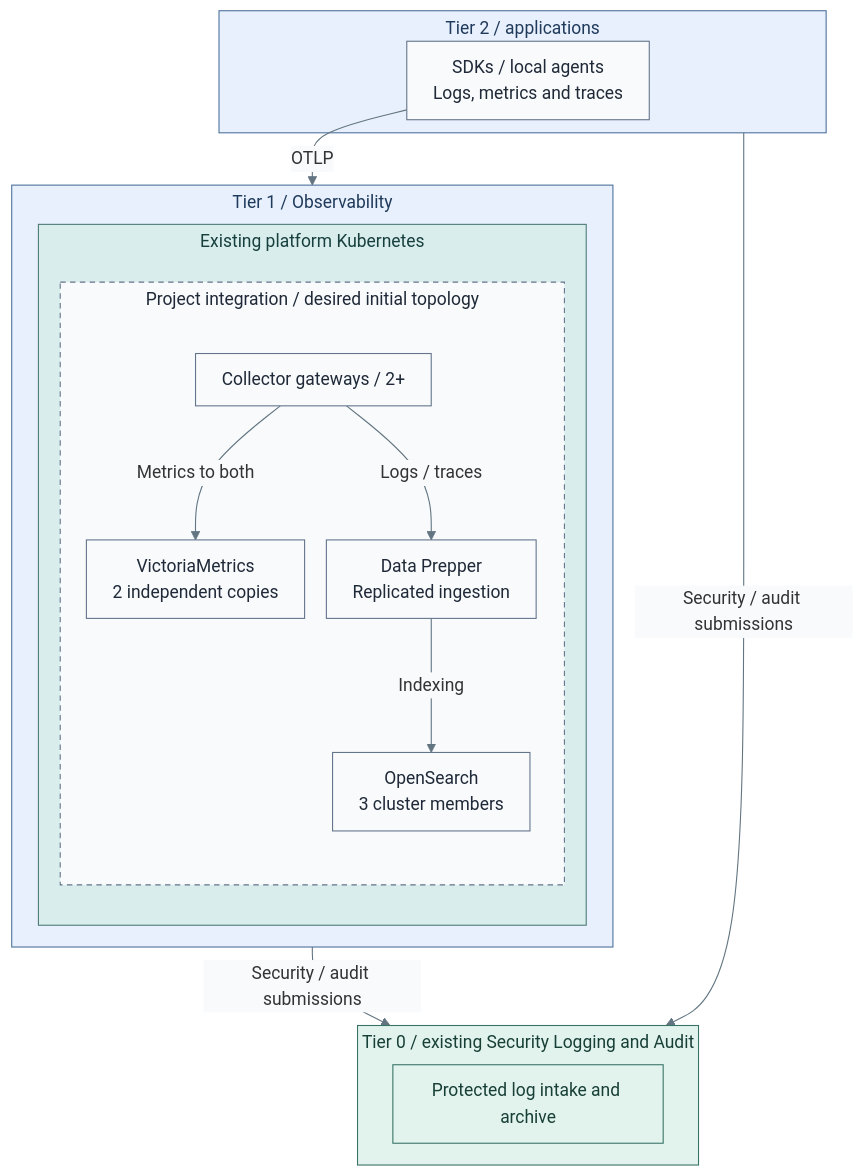
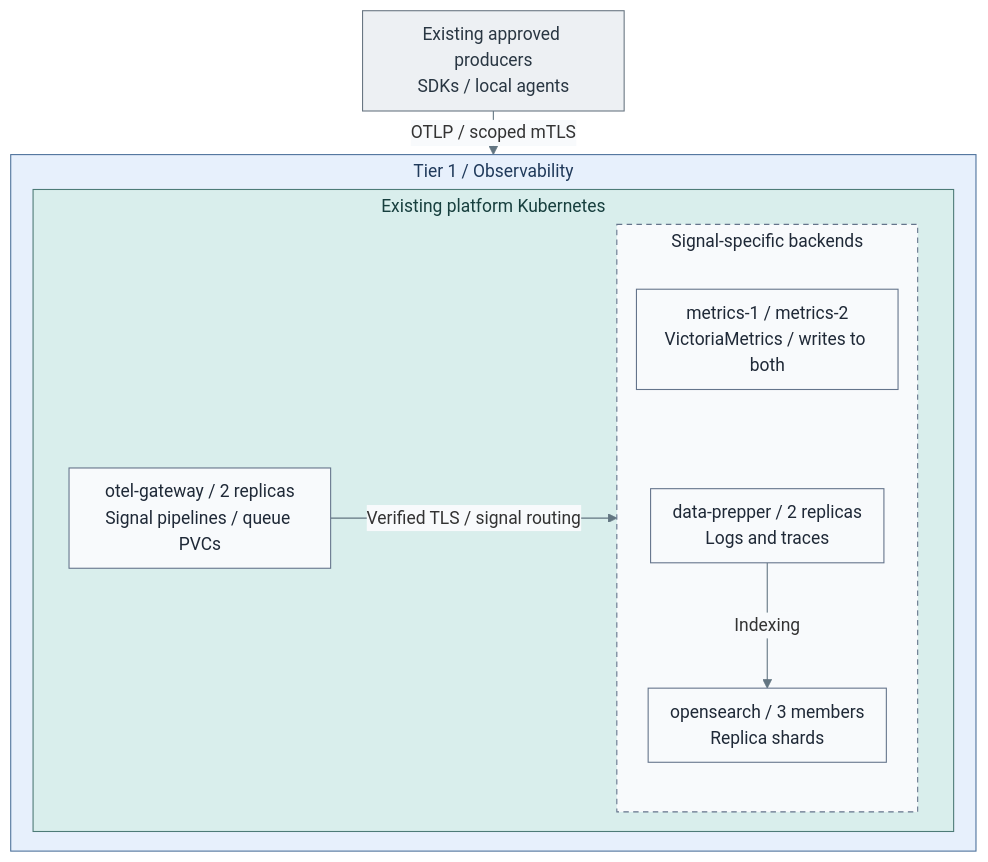
One commit to Rexus/homelab changed the second of 4 diagrams in docs/deployment/stage-8-observability/README.md. Above: the diagram before and after it, drawn with Mermaid. The commit also changed other lines of this file and 353 other files, not shown here.

````diff
--- a/docs/deployment/stage-8-observability/README.md
+++ b/docs/deployment/stage-8-observability/README.md
@@ -87,36 +91,30 @@
 ```mermaid
-%%{init: {"theme":"base","flowchart":{"nodeSpacing":20,"rankSpacing":24,"padding":12,"subGraphTitleMargin":{"top":4,"bottom":12}},"themeVariables":{"lineColor":"#627581","edgeLabelBackground":"#f8fafc"}}}%%
+%%{init: {"theme":"base","flowchart":{"nodeSpacing":16,"rankSpacing":16,"padding":10,"subGraphTitleMargin":{"top":4,"bottom":10}},"themeVariables":{"lineColor":"#627581","edgeLabelBackground":"#f8fafc"}}}%%
 flowchart TB
-  subgraph T2["Tier 2 / applications"]
-    Apps["SDKs / local agents<br/>Logs, metrics and traces"]
-  end
+  Apps["Existing approved producers<br/>SDKs / local agents"]
   subgraph T1["Tier 1 / Observability"]
     subgraph Cluster["Existing platform Kubernetes"]
-      subgraph Project["Project integration / desired initial topology"]
+      direction LR
+      Gateway["otel-gateway / 2 replicas<br/>Signal pipelines / queue PVCs"]
+      subgraph Backends["Signal-specific backends"]
         direction TB
-        Gateway["Collector gateways / 2+"]
-        Metrics["VictoriaMetrics<br/>2 independent copies"]
-        Prepper["Data Prepper<br/>Replicated ingestion"]
-        Search["OpenSearch<br/>3 cluster members"]
-        Gateway -->|Metrics to both| Metrics
-        Gateway -->|Logs / traces| Prepper
+        Metrics["metrics-1 / metrics-2<br/>VictoriaMetrics / writes to both"]
+        Prepper["data-prepper / 2 replicas<br/>Logs and traces"]
+        Search["opensearch / 3 members<br/>Replica shards"]
+        Metrics ~~~ Prepper
         Prepper -->|Indexing| Search
       end
+      Gateway -->|Verified TLS / signal routing| Backends
     end
   end
-  Apps -->|OTLP| T1
-  subgraph T0["Tier 0 / existing Security Logging and Audit"]
-    Evidence["Protected log intake and archive"]
-  end
-  T1 -->|Security / audit submissions| T0
-  T2 -->|Security / audit submissions| T0
+  Apps -->|OTLP / scoped mTLS| T1
   classDef default fill:#f8fafc,stroke:#64748b,color:#1f2937
   classDef services fill:#e7f0fc,stroke:#4d719b,color:#203a5b
   classDef runtime fill:#d9eeec,stroke:#4d7b77,color:#173f3e
   classDef replicas fill:#f8fafc,stroke:#64748b,color:#1f2937,stroke-dasharray:5 4
-  classDef control fill:#e2f3ed,stroke:#397366,color:#173f36
-  class T2,T1 services
+  classDef actor fill:#edf0f3,stroke:#697682,color:#293642
+  class T1 services
   class Cluster runtime
-  class Project replicas
-  class T0,Evidence control
+  class Backends replicas
+  class Apps actor
 ```
````
